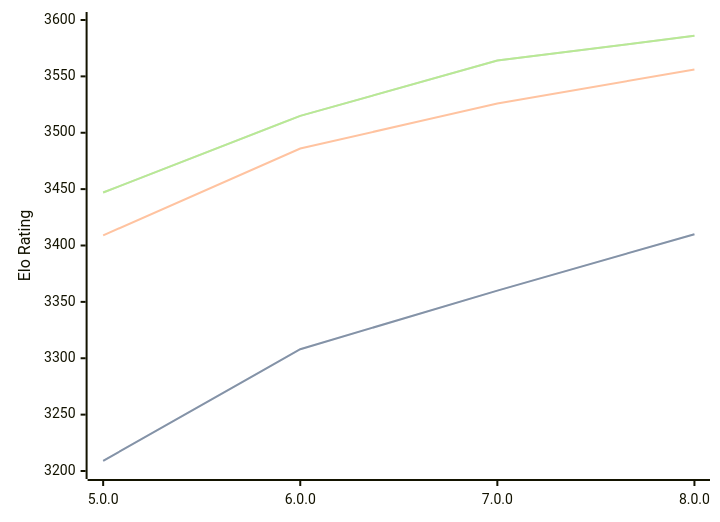
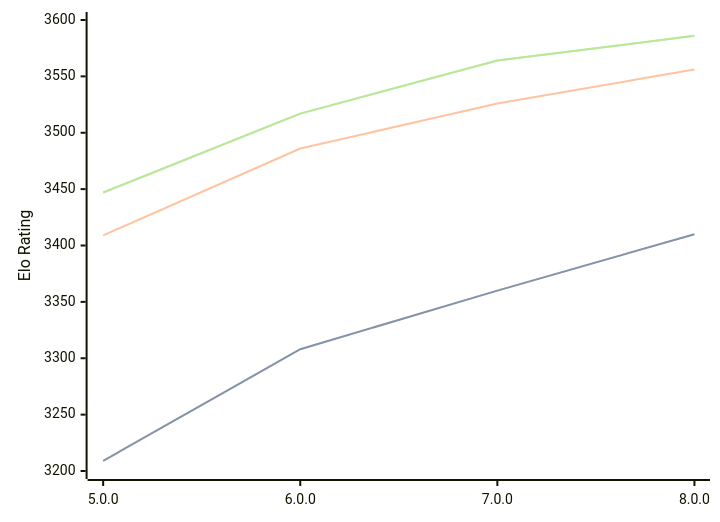
Before and after one commit to computer-chess-index/cci: the diagram in engines/Stormphrax.md, drawn with Mermaid. The commit also changed other lines of this file, not shown here.

Commit message:
Update CCI Ratings (ELO VLTC) - 2026-10-07

````diff
--- a/engines/Stormphrax.md
+++ b/engines/Stormphrax.md
@@ -34,11 +34,11 @@
 ```mermaid
 %%{init: {"theme":"base","themeVariables":{"seriesColors:['#a3a3a3','#222221','#faa371']}}}%%
 xychart-beta
   x-axis ["5.0.0", "6.0.0", "7.0.0", "8.0.0"]
   y-axis "Elo Rating" 3200 --> 3600
   line "" [3209, 3308, 3360, 3410]
   line "STC (8.0+0.08s)" [3209, 3308, 3360, 3410]
   line "LTC (60.0+0.60s)" [3409, 3486, 3526, 3556]
-  line "" [3447, 3515, 3564, 3586]
-  line "VLTC (2m24s+1.12s)" [3447, 3515, 3564, 3586]
+  line "" [3447, 3517, 3564, 3586]
+  line "VLTC (2m24s+1.12s)" [3447, 3517, 3564, 3586]
 ```
````
